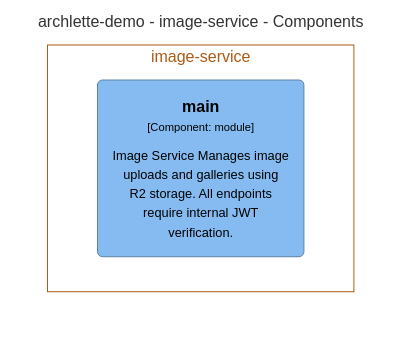
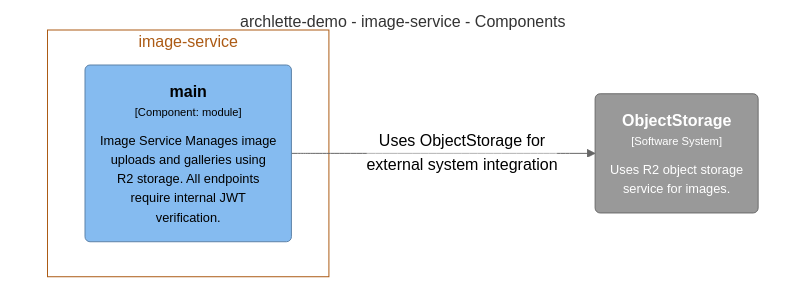
One commit to chrislyons-dev/flarelette-demo changed the diagram in docs/architecture/diagrams/mermaid/structurizr-Components_image_service.mmd. Above: the diagram before and after it, drawn with Mermaid (neutral theme). The commit also changed 52 other files, not shown here.

```diff
--- a/docs/architecture/diagrams/mermaid/structurizr-Components_image_service.mmd
+++ b/docs/architecture/diagrams/mermaid/structurizr-Components_image_service.mmd
@@ -1,14 +1,18 @@
 graph TB
   linkStyle default fill:#ffffff
 
   subgraph diagram ["archlette-demo - image-service - Components"]
     style diagram fill:#ffffff,stroke:#ffffff
 
-    subgraph 36 ["image-service"]
-      style 36 fill:#ffffff,stroke:#ac5b15,color:#ac5b15
+    3("<div style='font-weight: bold'>ObjectStorage</div><div style='font-size: 70%; margin-top: 0px'>[Software System]</div><div style='font-size: 80%; margin-top:10px'>Uses R2 object storage<br />service for images.</div>")
+    style 3 fill:#999999,stroke:#6b6b6b,color:#ffffff
 
-      37("<div style='font-weight: bold'>main</div><div style='font-size: 70%; margin-top: 0px'>[Component: module]</div><div style='font-size: 80%; margin-top:10px'>Image Service Manages image<br />uploads and galleries using<br />R2 storage. All endpoints<br />require internal JWT<br />verification.</div>")
-      style 37 fill:#85bbf0,stroke:#5d82a8,color:#000000
+    subgraph 43 ["image-service"]
+      style 43 fill:#ffffff,stroke:#ac5b15,color:#ac5b15
+
+      44("<div style='font-weight: bold'>main</div><div style='font-size: 70%; margin-top: 0px'>[Component: module]</div><div style='font-size: 80%; margin-top:10px'>Image Service Manages image<br />uploads and galleries using<br />R2 storage. All endpoints<br />require internal JWT<br />verification.</div>")
+      style 44 fill:#85bbf0,stroke:#5d82a8,color:#000000
     end
 
+    44-- "<div>Uses ObjectStorage for<br />external system integration</div><div style='font-size: 70%'></div>" -->3
   end
```
